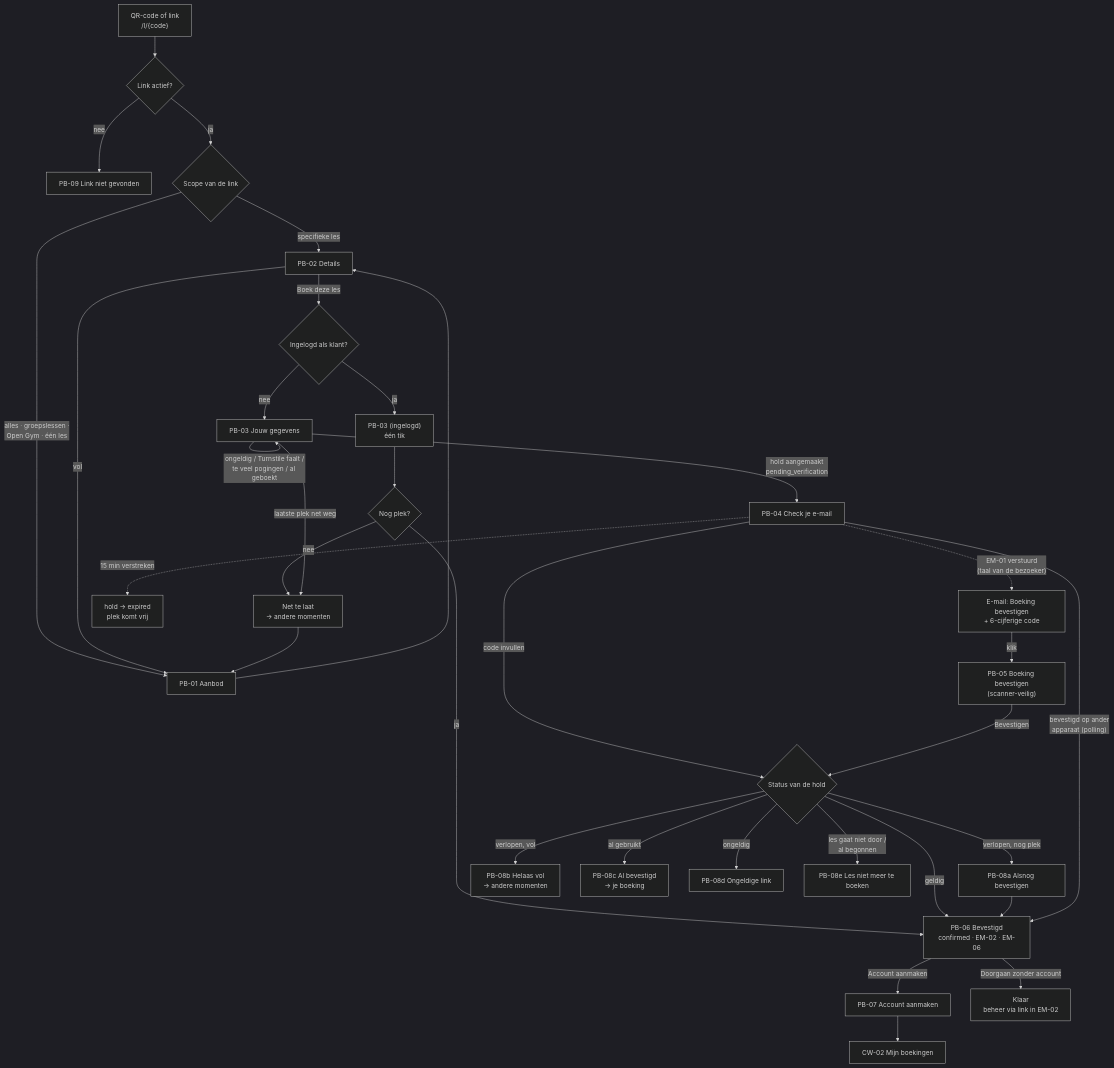
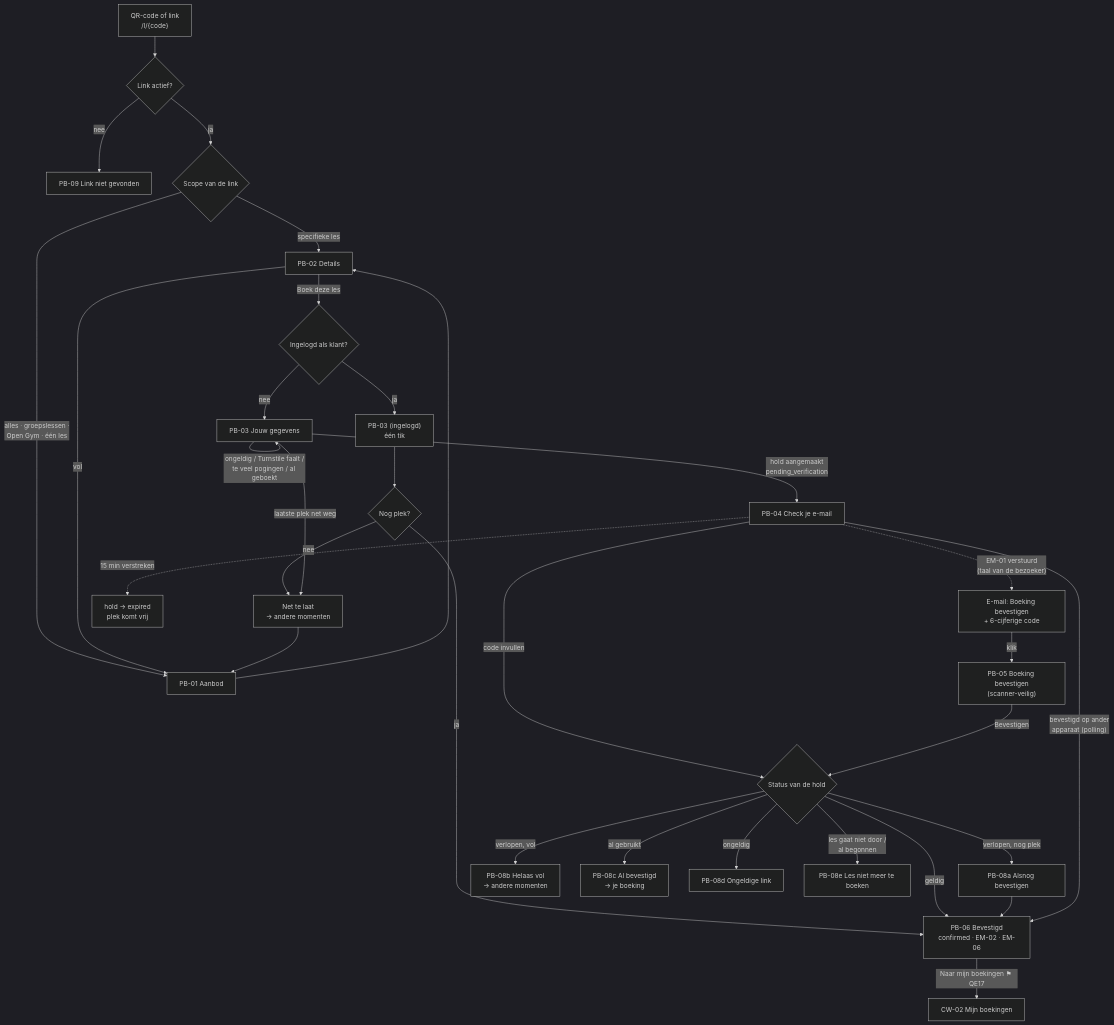
One commit to fivvi-app/fivvi changed the diagram in docs/design/flows/01-public-booking.md. Above: the diagram before and after it, drawn with Mermaid (dark theme). The commit also changed other lines of this file and 16 other files, not shown here.

````diff
--- a/docs/design/flows/01-public-booking.md
+++ b/docs/design/flows/01-public-booking.md
@@ -35,33 +35,32 @@
 ```mermaid
 flowchart TD
   entry["QR-code of link<br/>/l/{code}"] --> active{"Link actief?"}
   active -- "nee" --> pb09["PB-09 Link niet gevonden"]
   active -- "ja" --> scope{"Scope van de link"}
   scope -- "specifieke les" --> pb02
   scope -- "alles · groepslessen ·<br/>Open Gym · één les" --> pb01["PB-01 Aanbod"]
   pb01 --> pb02["PB-02 Details"]
   pb02 -- "vol" --> pb01
   pb02 -- "Boek deze les" --> signed{"Ingelogd als klant?"}
   signed -- "ja" --> pb03s["PB-03 (ingelogd)<br/>één tik"] --> capS{"Nog plek?"}
   capS -- "ja" --> pb06
   capS -- "nee" --> late
   signed -- "nee" --> pb03["PB-03 Jouw gegevens"]
   pb03 -- "ongeldig / Turnstile faalt /<br/>te veel pogingen / al geboekt" --> pb03
   pb03 -- "laatste plek net weg" --> late["Net te laat<br/>→ andere momenten"]
   late --> pb01
   pb03 -- "hold aangemaakt<br/>pending_verification" --> pb04["PB-04 Check je e-mail"]
   pb04 -. "EM-01 verstuurd<br/>(taal van de bezoeker)" .-> mail["E-mail: Boeking bevestigen<br/>+ 6-cijferige code"]
   mail -- "klik" --> pb05["PB-05 Boeking bevestigen<br/>(scanner-veilig)"]
   pb04 -- "code invullen" --> check
   pb05 -- "Bevestigen" --> check{"Status van de hold"}
   check -- "geldig" --> pb06["PB-06 Bevestigd<br/>confirmed · EM-02 · EM-06"]
   check -- "verlopen, nog plek" --> pb08a["PB-08a Alsnog bevestigen"] --> pb06
   check -- "verlopen, vol" --> pb08b["PB-08b Helaas vol<br/>→ andere momenten"]
   check -- "al gebruikt" --> pb08c["PB-08c Al bevestigd<br/>→ je boeking"]
   check -- "ongeldig" --> pb08d["PB-08d Ongeldige link"]
   check -- "les gaat niet door /<br/>al begonnen" --> pb08e["PB-08e Les niet meer te boeken"]
   pb04 -- "bevestigd op ander<br/>apparaat (polling)" --> pb06
   pb04 -. "15 min verstreken" .-> expired["hold → expired<br/>plek komt vrij"]
-  pb06 -- "Account aanmaken" --> pb07["PB-07 Account aanmaken"] --> cw02["CW-02 Mijn boekingen"]
-  pb06 -- "Doorgaan zonder account" --> done["Klaar<br/>beheer via link in EM-02"]
+  pb06 -- "Naar mijn boekingen ⚑ QE17" --> cw02["CW-02 Mijn boekingen"]
 ```
````
